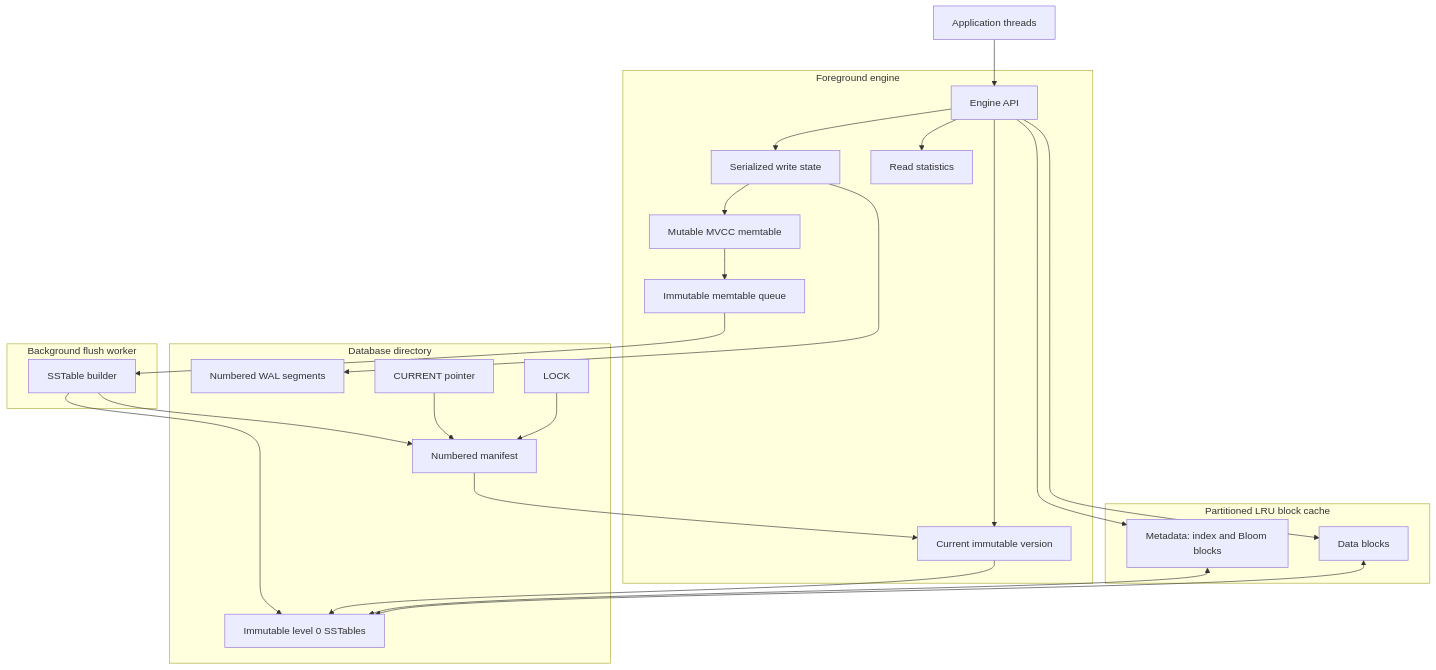
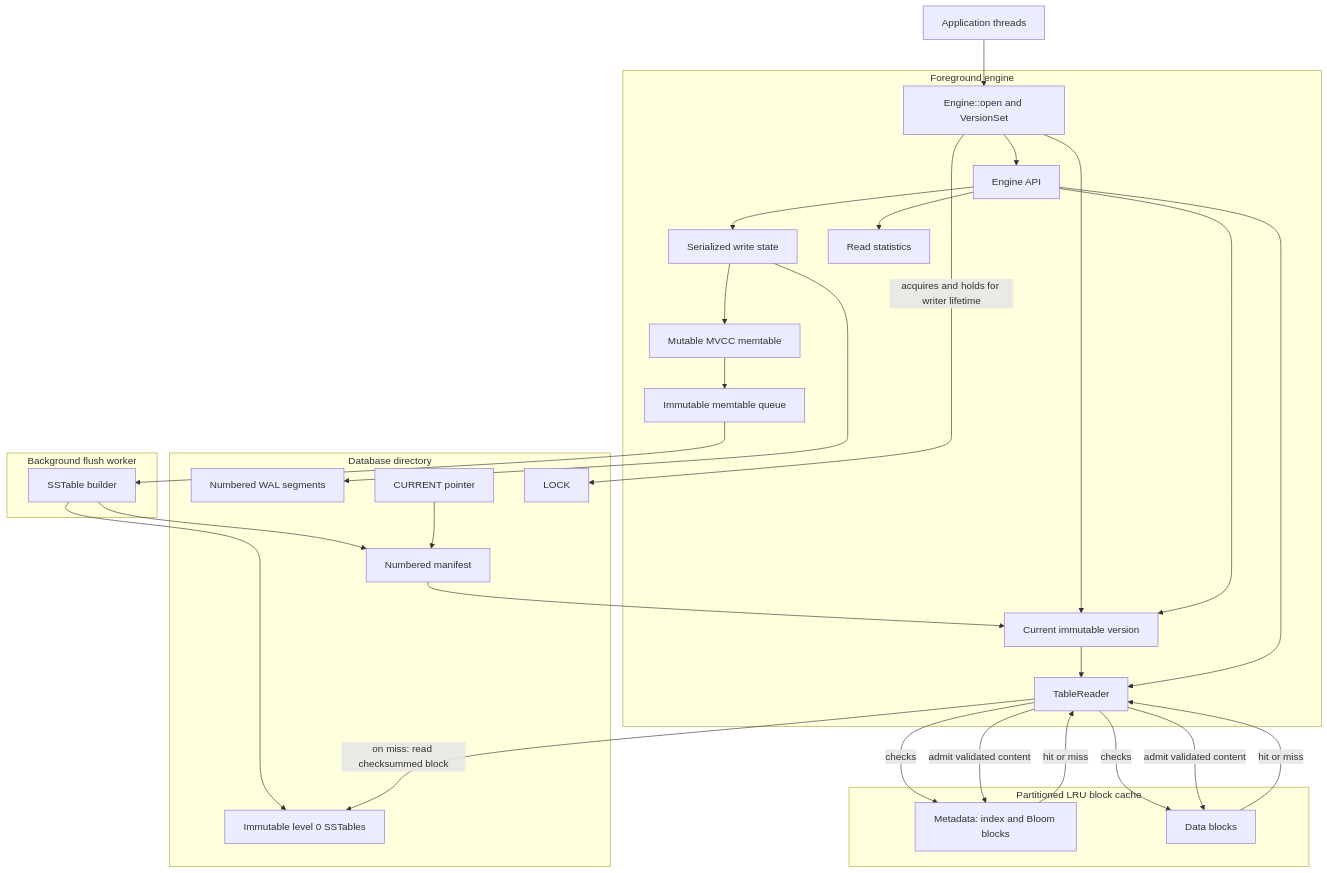
Before and after one commit to shresthhh/MeteorDB: the first of 3 diagrams in docs/architecture.md, drawn with Mermaid. The commit also changed other lines of this file and 2 other files, not shown here.

Commit message:
docs: correct recovery and cache architecture

````diff
--- a/docs/architecture.md
+++ b/docs/architecture.md
@@ -10,49 +10,57 @@
 ```mermaid
 flowchart TB
     App[Application threads]
 
     subgraph Foreground[Foreground engine]
+        Open[Engine::open and VersionSet]
         API[Engine API]
         Writer[Serialized write state]
         Mutable[Mutable MVCC memtable]
         Immutable[Immutable memtable queue]
         Versions[Current immutable version]
+        Reader[TableReader]
         Stats[Read statistics]
     end
 
     subgraph Durable[Database directory]
         WAL[Numbered WAL segments]
         Tables[Immutable level 0 SSTables]
         Manifest[Numbered manifest]
         Current[CURRENT pointer]
         Lock[LOCK]
     end
 
     subgraph Background[Background flush worker]
         Builder[SSTable builder]
     end
 
     subgraph Cache[Partitioned LRU block cache]
         Metadata[Metadata: index and Bloom blocks]
         Data[Data blocks]
     end
 
-    App --> API
+    App --> Open
+    Open --> API
+    Open --> Versions
+    Open -->|acquires and holds for writer lifetime| Lock
     API --> Writer
     Writer --> WAL
     Writer --> Mutable
     Mutable --> Immutable
     Immutable --> Builder
     Builder --> Tables
     Builder --> Manifest
     Manifest --> Versions
     Current --> Manifest
-    Lock --> Manifest
     API --> Versions
-    Versions --> Tables
-    API --> Metadata
-    API --> Data
-    Metadata <--> Tables
-    Data <--> Tables
+    Versions --> Reader
+    API --> Reader
+    Reader -->|checks| Metadata
+    Reader -->|checks| Data
+    Metadata -->|hit or miss| Reader
+    Data -->|hit or miss| Reader
+    Reader -->|on miss: read checksummed block| Tables
+    Reader -->|admit validated content| Metadata
+    Reader -->|admit validated content| Data
     API --> Stats
 ```
````
